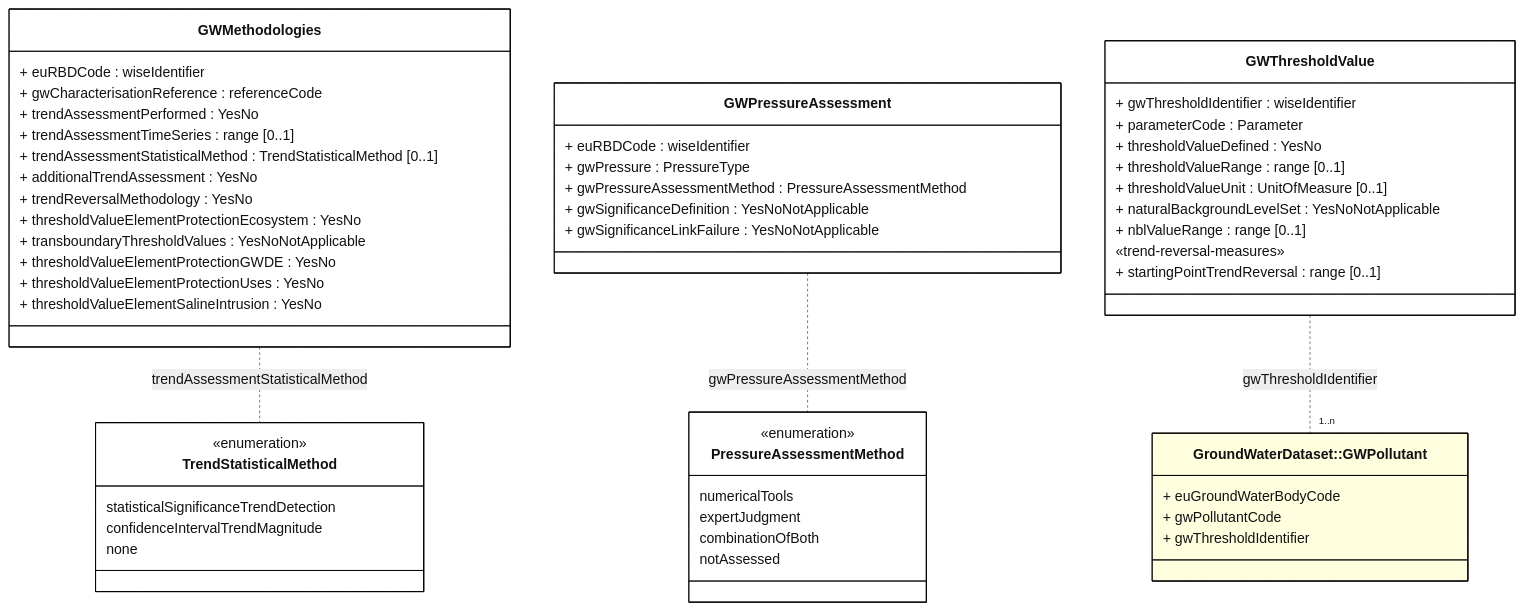
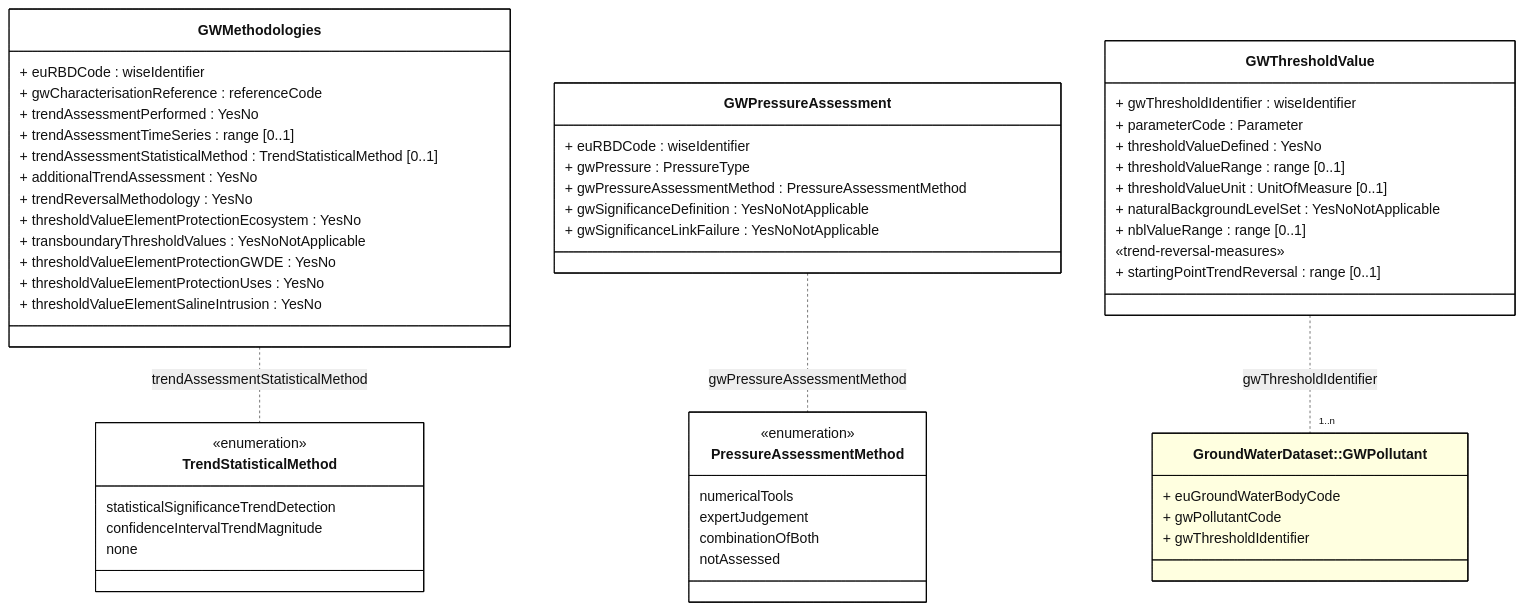
The diagram in docs/DataModelReview/mmd/GroundwaterMethodologies_4thCycle_ClassDiagram.mmd (eeadata/WISE.WFD.Documentation), drawn with Mermaid before and after one commit. The commit also changed 4 other files, not shown here.

Commit message:
GWMethodologies - improving the readability of the diagrams, adding the missing GWThresholdValue + GWType variant.

```diff
--- a/docs/DataModelReview/mmd/GroundwaterMethodologies_4thCycle_ClassDiagram.mmd
+++ b/docs/DataModelReview/mmd/GroundwaterMethodologies_4thCycle_ClassDiagram.mmd
@@ -1,77 +1,77 @@
 ---
 config:
   class:
     hideEmptyMembersBox: true
   layout: dagre
   theme: neutral
   themeVariables:
     noteBkgColor: LightYellow
     noteTextColor: black 
 ---
 classDiagram
 
 class GWMethodologies {
   + euRBDCode : wiseIdentifier
   + gwCharacterisationReference : referenceCode
   + trendAssessmentPerformed : YesNo
   + trendAssessmentTimeSeries : range [0..1]
   + trendAssessmentStatisticalMethod : TrendStatisticalMethod [0..1]
   + additionalTrendAssessment : YesNo
   + trendReversalMethodology : YesNo
   + thresholdValueElementProtectionEcosystem : YesNo
   + transboundaryThresholdValues : YesNoNotApplicable
   + thresholdValueElementProtectionGWDE : YesNo
   + thresholdValueElementProtectionUses : YesNo
   + thresholdValueElementSalineIntrusion : YesNo
 }
 
 class GWPressureAssessment{
   + euRBDCode : wiseIdentifier
   + gwPressure : PressureType
   + gwPressureAssessmentMethod : PressureAssessmentMethod
   + gwSignificanceDefinition : YesNoNotApplicable
   + gwSignificanceLinkFailure : YesNoNotApplicable
 }
 
 class GWThresholdValue{
 + gwThresholdIdentifier : wiseIdentifier
 + parameterCode : Parameter
 + thresholdValueDefined : YesNo
 + thresholdValueRange : range [0..1]
 + thresholdValueUnit : UnitOfMeasure [0..1]
 + naturalBackgroundLevelSet : YesNoNotApplicable
 + nblValueRange : range  [0..1] 
 
 «trend-reversal-measures»
 + startingPointTrendReversal : range [0..1]
 }
 
 class GWPollutant ["GroundWaterDataset::GWPollutant"]:::otherDataset{
 + euGroundWaterBodyCode
 + gwPollutantCode
 + gwThresholdIdentifier
 }
 
 class PressureAssessmentMethod{
 <<enumeration>>
 numericalTools
-expertJudgment
+expertJudgement
 combinationOfBoth
 notAssessed 
 }
 
 class TrendStatisticalMethod{
 <<enumeration>>
 statisticalSignificanceTrendDetection
 confidenceIntervalTrendMagnitude
 none
 }
 
 GWPressureAssessment .. PressureAssessmentMethod : gwPressureAssessmentMethod
 GWMethodologies .. TrendStatisticalMethod : trendAssessmentStatisticalMethod
 
 GWThresholdValue .. "1..n" GWPollutant : gwThresholdIdentifier
 
 classDef default fill:white,stroke:#000;
 classDef otherDataset fill:lightyellow,stroke:#000;
 classDef forFixing fill:white,stroke:#f00;
```
